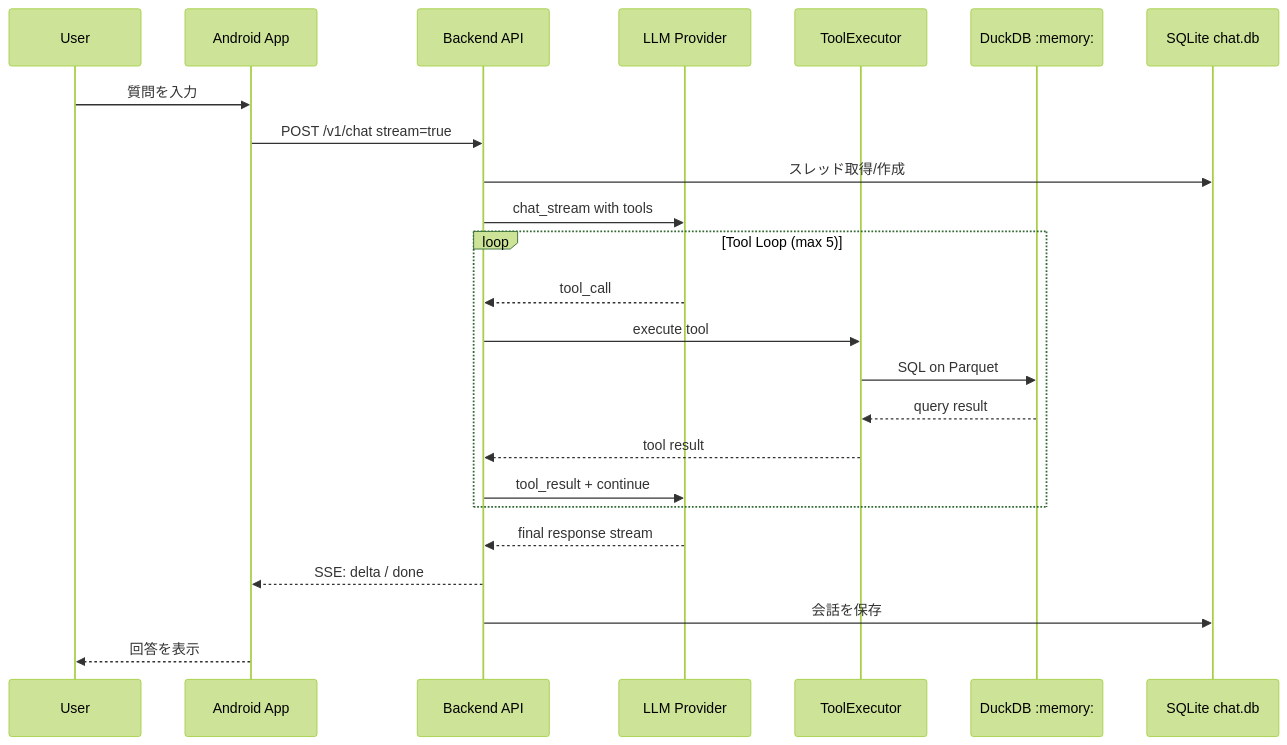
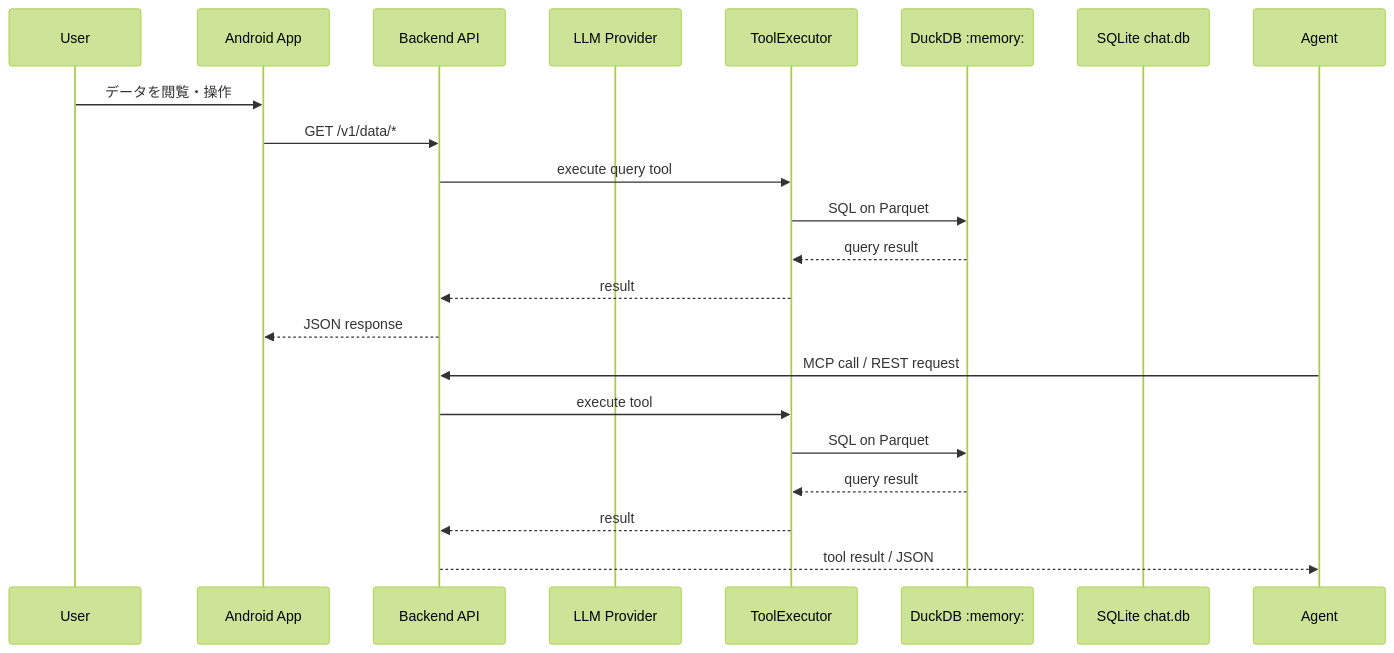
One commit to endo-ly/egograph changed the second of 2 diagrams in docs/10.architecture/system-architecture.md. Above: the diagram before and after it, drawn with Mermaid (forest theme). The commit also changed other lines of this file and 154 other files, not shown here.

````diff
--- a/docs/10.architecture/system-architecture.md
+++ b/docs/10.architecture/system-architecture.md
@@ -83,29 +80,25 @@
 ```mermaid
 sequenceDiagram
     participant User
     participant Frontend as Android App
     participant Backend as Backend API
     participant LLM as LLM Provider
     participant Tool as ToolExecutor
     participant DuckDB as DuckDB :memory:
     participant SQLite as SQLite chat.db
 
-    User->>Frontend: 質問を入力
-    Frontend->>Backend: POST /v1/chat stream=true
-    Backend->>SQLite: スレッド取得/作成
-    Backend->>LLM: chat_stream with tools
+    User->>Frontend: データを閲覧・操作
+    Frontend->>Backend: GET /v1/data/*
+    Backend->>Tool: execute query tool
+    Tool->>DuckDB: SQL on Parquet
+    DuckDB-->>Tool: query result
+    Tool-->>Backend: result
+    Backend-->>Frontend: JSON response
 
-    loop Tool Loop (max 5)
-        LLM-->>Backend: tool_call
-        Backend->>Tool: execute tool
-        Tool->>DuckDB: SQL on Parquet
-        DuckDB-->>Tool: query result
-        Tool-->>Backend: tool result
-        Backend->>LLM: tool_result + continue
-    end
-
-    LLM-->>Backend: final response stream
-    Backend-->>Frontend: SSE: delta / done
-    Backend->>SQLite: 会話を保存
-    Frontend-->>User: 回答を表示
+    Agent->>Backend: MCP call / REST request
+    Backend->>Tool: execute tool
+    Tool->>DuckDB: SQL on Parquet
+    DuckDB-->>Tool: query result
+    Tool-->>Backend: result
+    Backend-->>Agent: tool result / JSON
 ```
````
